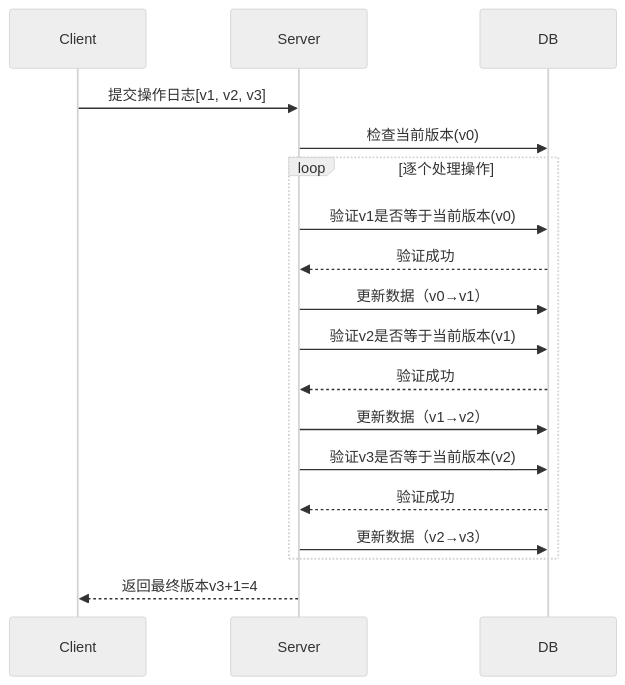
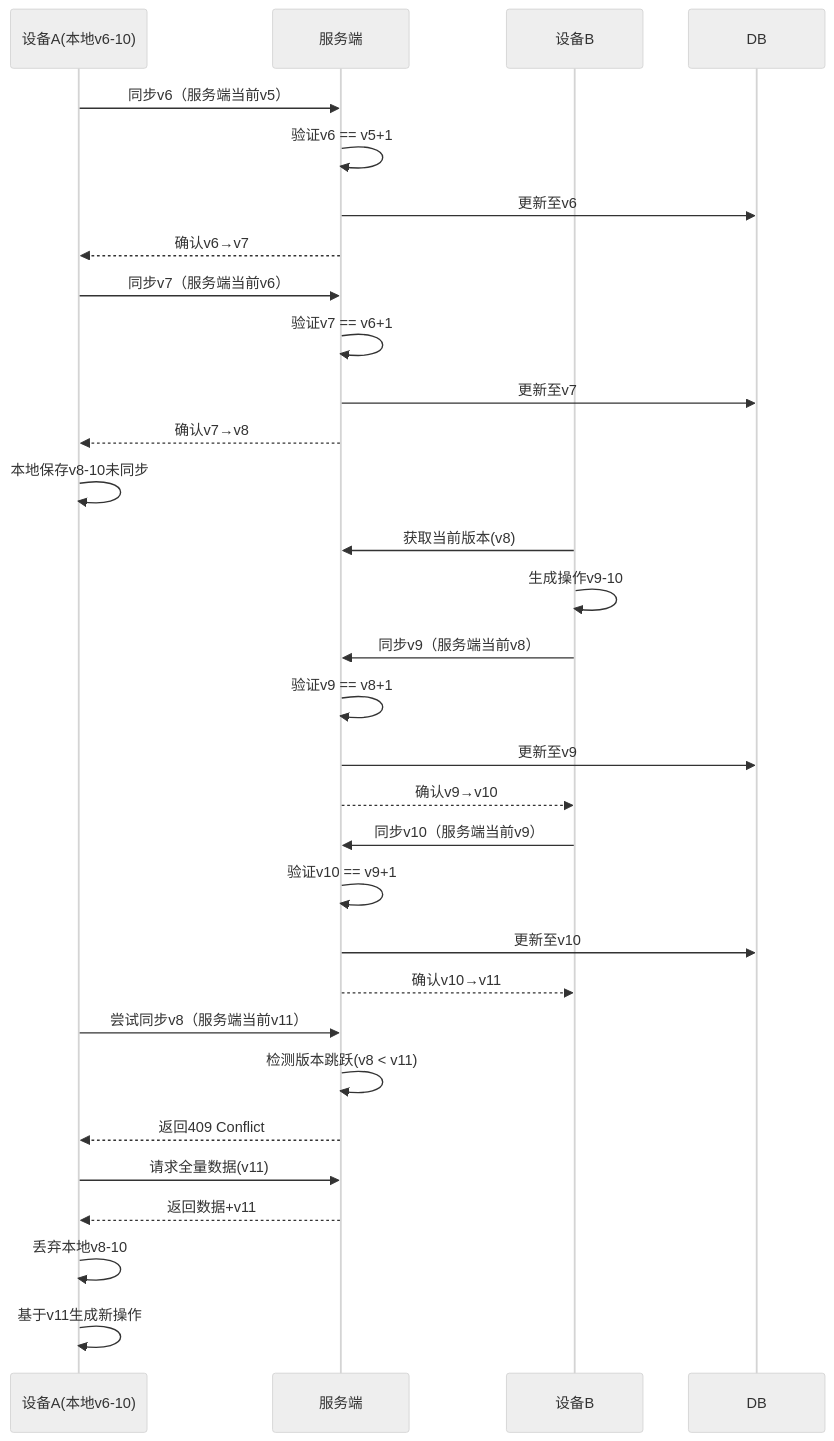
Before and after one commit to yingjianzh/iodraw-files: the diagram in all/未命名-26.md, drawn with Mermaid (neutral theme).

Commit message:
2025-02-26 14:41:11 update

````diff
--- a/all/未命名-26.md
+++ b/all/未命名-26.md
@@ -1,23 +1,39 @@
 ```mermaid
 sequenceDiagram
-    participant Client
-    participant Server
-    participant DB
+    participant A as 设备A(本地v6-10)
+    participant S as 服务端
+    participant B as 设备B
 
-    Client->>Server: 提交操作日志[v1, v2, v3]
-    Server->>DB: 检查当前版本(v0)
+    A->>S: 同步v6（服务端当前v5）
+    S->>S: 验证v6 == v5+1
+    S->>DB: 更新至v6
+    S-->>A: 确认v6→v7
     
-    loop 逐个处理操作
-        Server->>DB: 验证v1是否等于当前版本(v0)
-        DB-->>Server: 验证成功
-        Server->>DB: 更新数据（v0→v1）
-        Server->>DB: 验证v2是否等于当前版本(v1)
-        DB-->>Server: 验证成功
-        Server->>DB: 更新数据（v1→v2）
-        Server->>DB: 验证v3是否等于当前版本(v2)
-        DB-->>Server: 验证成功
-        Server->>DB: 更新数据（v2→v3）
-    end
+    A->>S: 同步v7（服务端当前v6）
+    S->>S: 验证v7 == v6+1
+    S->>DB: 更新至v7
+    S-->>A: 确认v7→v8
     
-    Server-->>Client: 返回最终版本v3+1=4
+    A->>A: 本地保存v8-10未同步
+    
+    B->>S: 获取当前版本(v8)
+    B->>B: 生成操作v9-10
+    
+    B->>S: 同步v9（服务端当前v8）
+    S->>S: 验证v9 == v8+1
+    S->>DB: 更新至v9
+    S-->>B: 确认v9→v10
+    
+    B->>S: 同步v10（服务端当前v9）
+    S->>S: 验证v10 == v9+1
+    S->>DB: 更新至v10
+    S-->>B: 确认v10→v11
+    
+    A->>S: 尝试同步v8（服务端当前v11）
+    S->>S: 检测版本跳跃(v8 < v11)
+    S-->>A: 返回409 Conflict
+    A->>S: 请求全量数据(v11)
+    S-->>A: 返回数据+v11
+    A->>A: 丢弃本地v8-10
+    A->>A: 基于v11生成新操作
 ```
````
